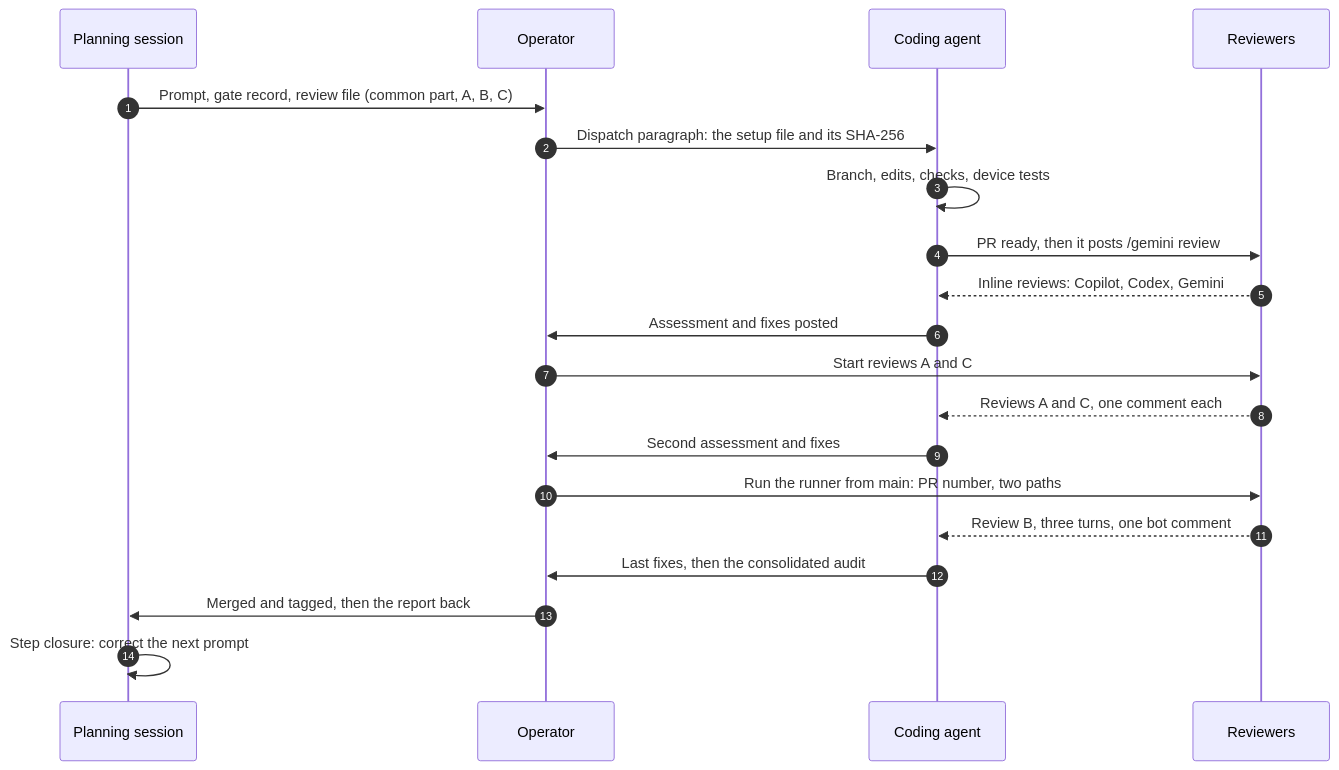
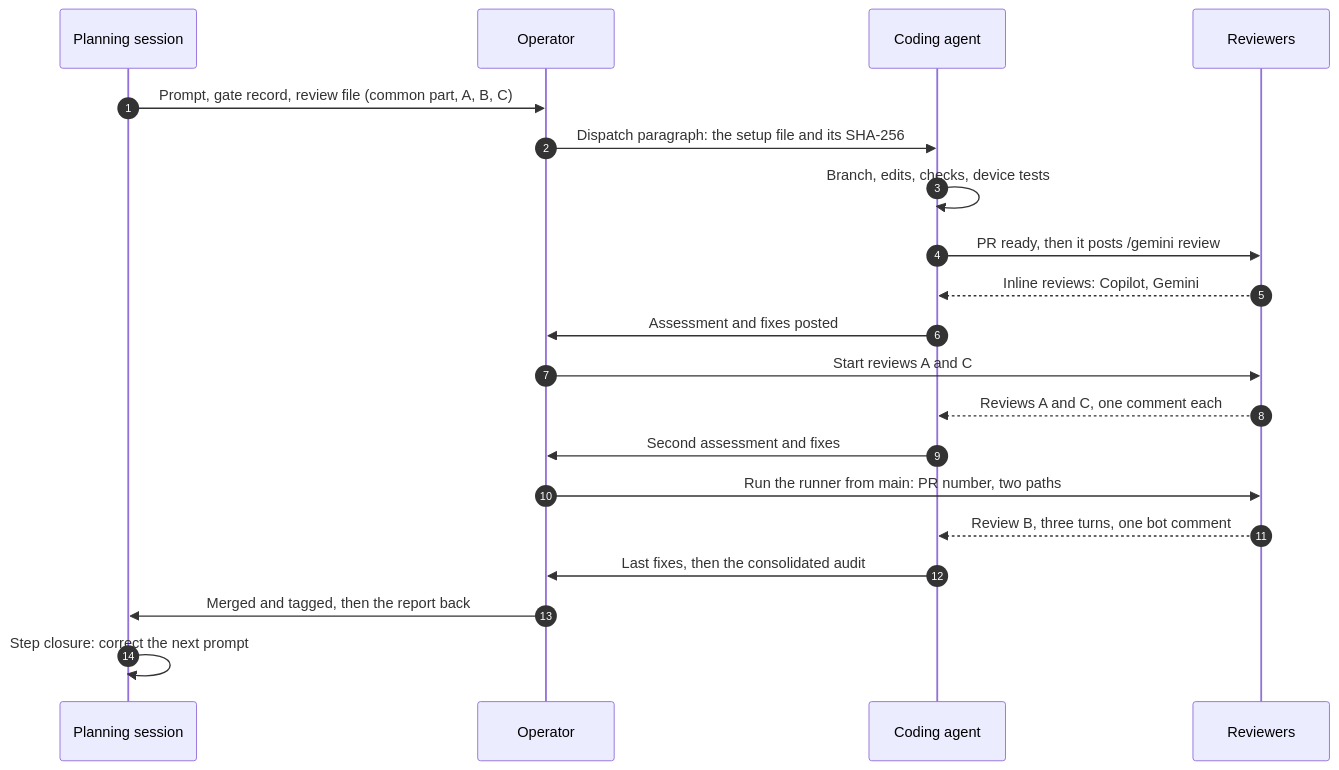
One commit to GCV-Sleeper-Service/ESP32-GW-multi-sensor changed the diagram in Docs/plan-of-record.md. Above: the diagram before and after it, drawn with Mermaid. The commit also changed other lines of this file and 35 other files, not shown here.

````diff
--- a/Docs/plan-of-record.md
+++ b/Docs/plan-of-record.md
@@ -284,22 +285,22 @@
 ```mermaid
 sequenceDiagram
     autonumber
     participant P as Planning session
     participant Y as Operator
     participant A as Coding agent
     participant R as Reviewers
     P->>Y: Prompt, gate record, review file (common part, A, B, C)
     Y->>A: Dispatch paragraph: the setup file and its SHA-256
     A->>A: Branch, edits, checks, device tests
     A->>R: PR ready, then it posts /gemini review
-    R-->>A: Inline reviews: Copilot, Codex, Gemini
+    R-->>A: Inline reviews: Copilot, Gemini
     A->>Y: Assessment and fixes posted
     Y->>R: Start reviews A and C
     R-->>A: Reviews A and C, one comment each
     A->>Y: Second assessment and fixes
     Y->>R: Run the runner from main: PR number, two paths
     R-->>A: Review B, three turns, one bot comment
     A->>Y: Last fixes, then the consolidated audit
     Y->>P: Merged and tagged, then the report back
     P->>P: Step closure: correct the next prompt
 ```
````
